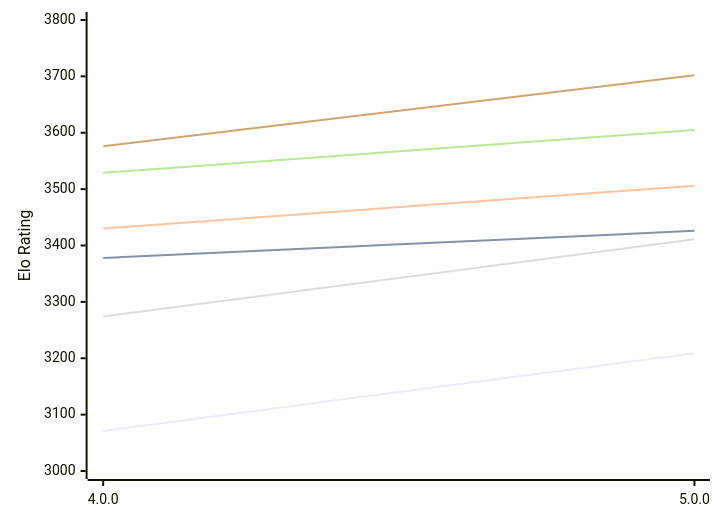
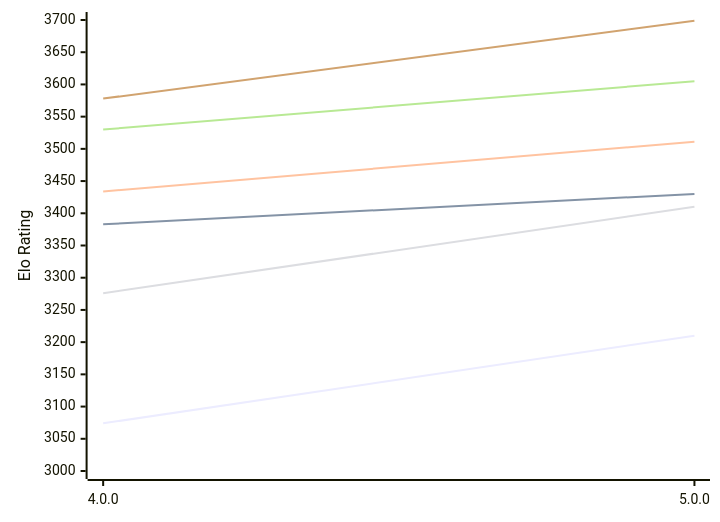
The first of 2 diagrams in engines/Avalanche.md (computer-chess-index/cci), drawn with Mermaid before and after one commit. The commit also changed other lines of this file, not shown here.

Commit message:
Update CCI Ratings (ELO VLTC) - 2026-10-17

````diff
--- a/engines/Avalanche.md
+++ b/engines/Avalanche.md
@@ -50,12 +50,12 @@
 ```mermaid
 %%{init: {"theme":"base","themeVariables":{"seriesColors:['#a3a3a3','#222221','#faa371']}}}%%
 xychart-beta
   x-axis ["4.0.0", "5.0.0"]
-  y-axis "Elo Rating" 3000 --> 3800
-  line "E1: STC (8.0+0.08s)" [3071, 3209]
-  line "E1: LTC (60.0+0.60s)" [3378, 3426]
-  line "E1: VLTC (2m24s+1.12s)" [3430, 3506]
-  line "P1: STC (8.0+0.08s)" [3274, 3411]
-  line "P1: LTC (60.0+0.60s)" [3529, 3605]
-  line "P1: VLTC (2m24s+1.12s)" [3576, 3702]
+  y-axis "Elo Rating" 3000 --> 3700
+  line "E1: STC (8.0+0.08s)" [3074, 3210]
+  line "E1: LTC (60.0+0.60s)" [3383, 3430]
+  line "E1: VLTC (2m24s+1.12s)" [3434, 3511]
+  line "P1: STC (8.0+0.08s)" [3276, 3410]
+  line "P1: LTC (60.0+0.60s)" [3530, 3605]
+  line "P1: VLTC (2m24s+1.12s)" [3578, 3699]
 ```
````
